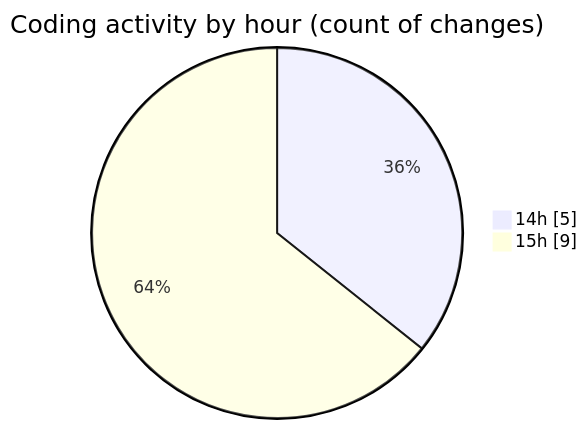
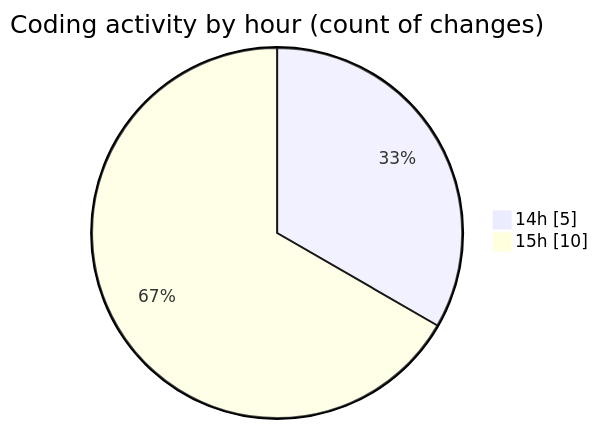
Before and after one commit to idhammustaqopulfikri/code-tracking: the second of 2 diagrams in 2025-10-13/mencoba/README.md, drawn with Mermaid. The commit also changed other lines of this file and 1 other file, not shown here.

````diff
--- a/2025-10-13/mencoba/README.md
+++ b/2025-10-13/mencoba/README.md
@@ -33,6 +33,6 @@
 ```mermaid
 pie showData
 title Coding activity by hour (count of changes)
 "14h" : 5
-"15h" : 9
+"15h" : 10
 ```
````
